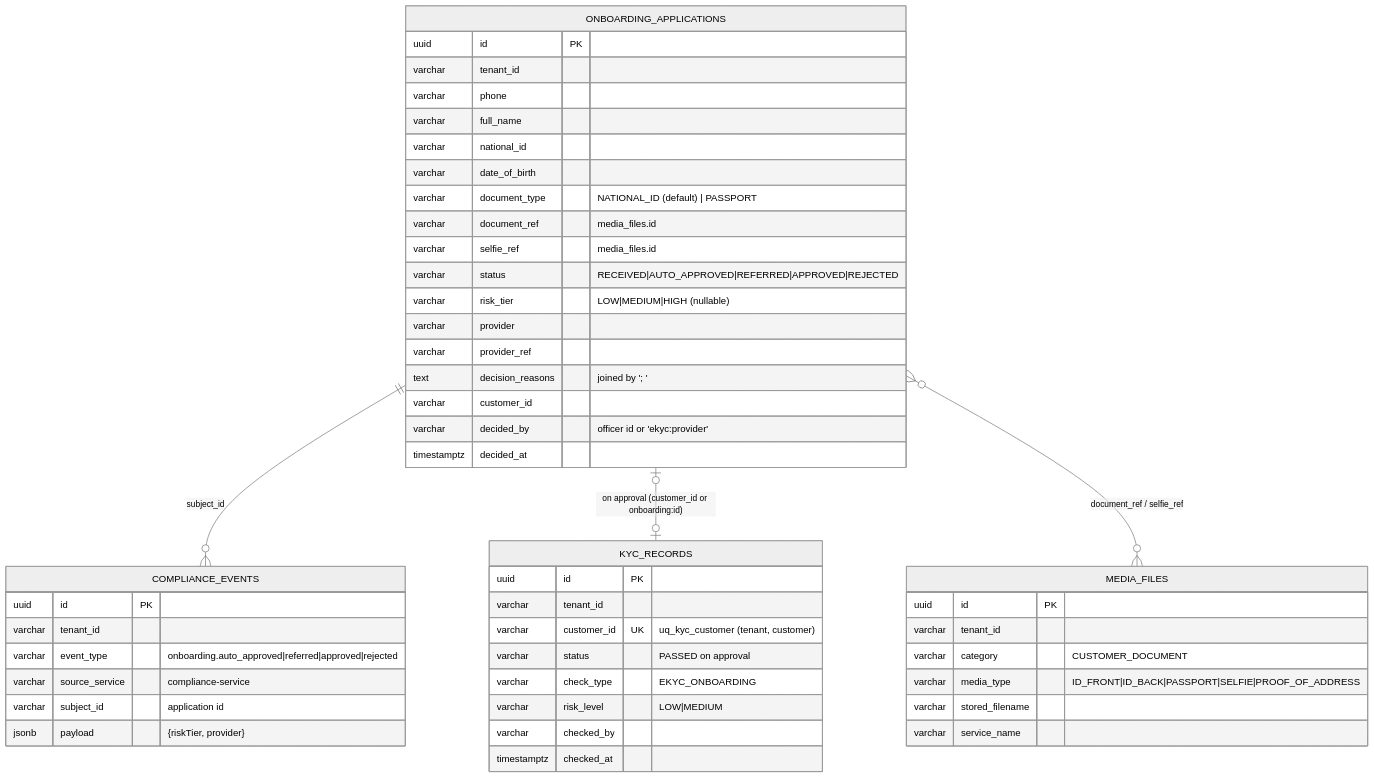
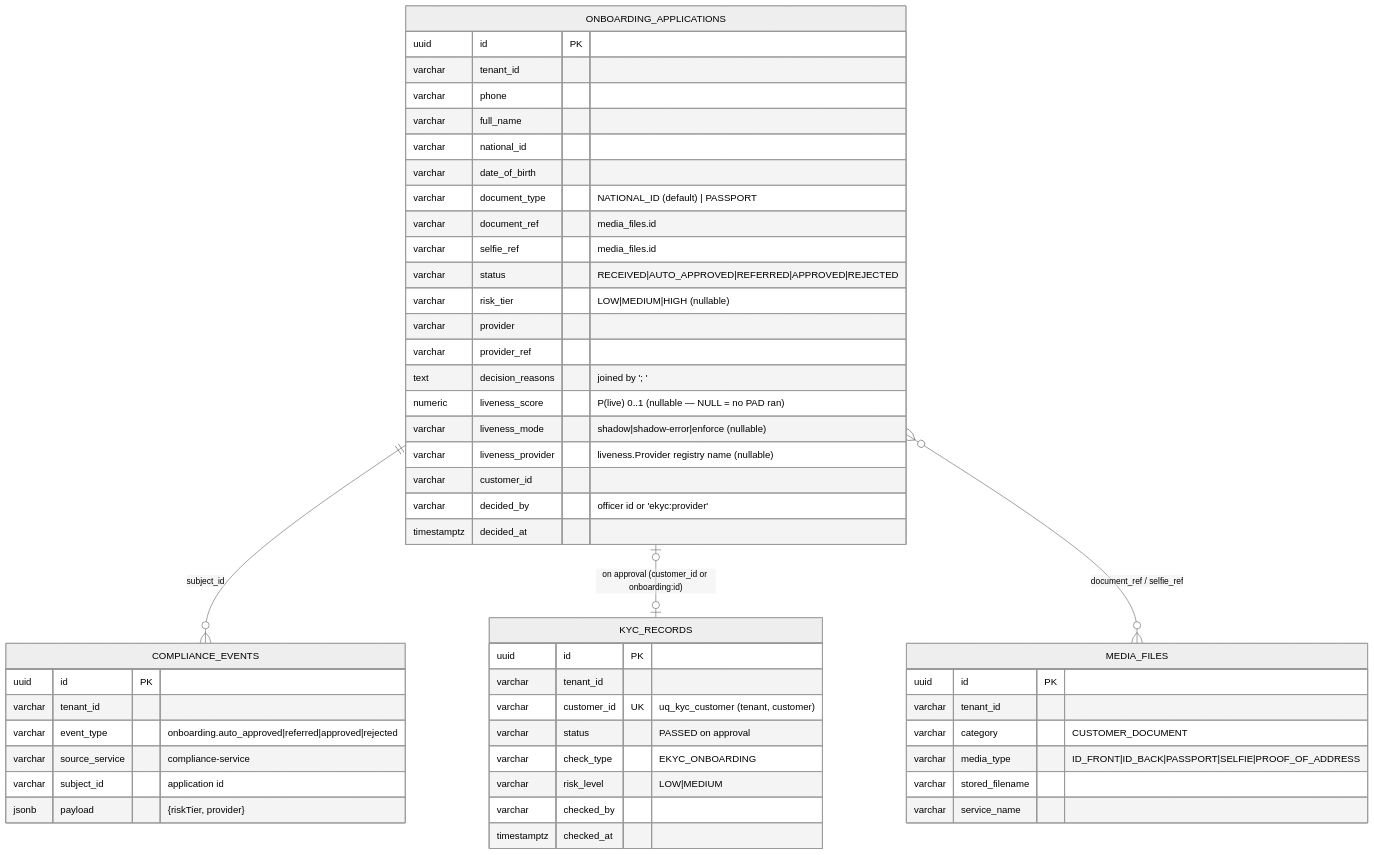
Before and after one commit to aktech-io/AthenaIntelligentLMS: the fourth of 4 diagrams in docs/ekyc/02-system-architecture.md, drawn with Mermaid (neutral theme). The commit also changed other lines of this file and 17 other files, not shown here.

Commit message:
feat(compliance): LivenessProvider seam, structured liveness observability columns, fail-closed EKYC_PROVIDER default

````diff
--- a/docs/ekyc/02-system-architecture.md
+++ b/docs/ekyc/02-system-architecture.md
@@ -156,51 +171,54 @@
 ```mermaid
 erDiagram
     ONBOARDING_APPLICATIONS {
         uuid id PK
         varchar tenant_id
         varchar phone
         varchar full_name
         varchar national_id
         varchar date_of_birth
         varchar document_type "NATIONAL_ID (default) | PASSPORT"
         varchar document_ref "media_files.id"
         varchar selfie_ref "media_files.id"
         varchar status "RECEIVED|AUTO_APPROVED|REFERRED|APPROVED|REJECTED"
         varchar risk_tier "LOW|MEDIUM|HIGH (nullable)"
         varchar provider
         varchar provider_ref
         text decision_reasons "joined by '; '"
+        numeric liveness_score "P(live) 0..1 (nullable — NULL = no PAD ran)"
+        varchar liveness_mode "shadow|shadow-error|enforce (nullable)"
+        varchar liveness_provider "liveness.Provider registry name (nullable)"
         varchar customer_id
         varchar decided_by "officer id or 'ekyc:provider'"
         timestamptz decided_at
     }
     KYC_RECORDS {
         uuid id PK
         varchar tenant_id
         varchar customer_id UK "uq_kyc_customer (tenant, customer)"
         varchar status "PASSED on approval"
         varchar check_type "EKYC_ONBOARDING"
         varchar risk_level "LOW|MEDIUM"
         varchar checked_by
         timestamptz checked_at
     }
     COMPLIANCE_EVENTS {
         uuid id PK
         varchar tenant_id
         varchar event_type "onboarding.auto_approved|referred|approved|rejected"
         varchar source_service "compliance-service"
         varchar subject_id "application id"
         jsonb payload "{riskTier, provider}"
     }
     MEDIA_FILES {
         uuid id PK
         varchar tenant_id
         varchar category "CUSTOMER_DOCUMENT"
         varchar media_type "ID_FRONT|ID_BACK|PASSPORT|SELFIE|PROOF_OF_ADDRESS"
         varchar stored_filename
         varchar service_name
     }
     ONBOARDING_APPLICATIONS ||--o{ COMPLIANCE_EVENTS : "subject_id"
     ONBOARDING_APPLICATIONS |o--o| KYC_RECORDS : "on approval (customer_id or onboarding:id)"
     ONBOARDING_APPLICATIONS }o--o{ MEDIA_FILES : "document_ref / selfie_ref"
 ```
````
